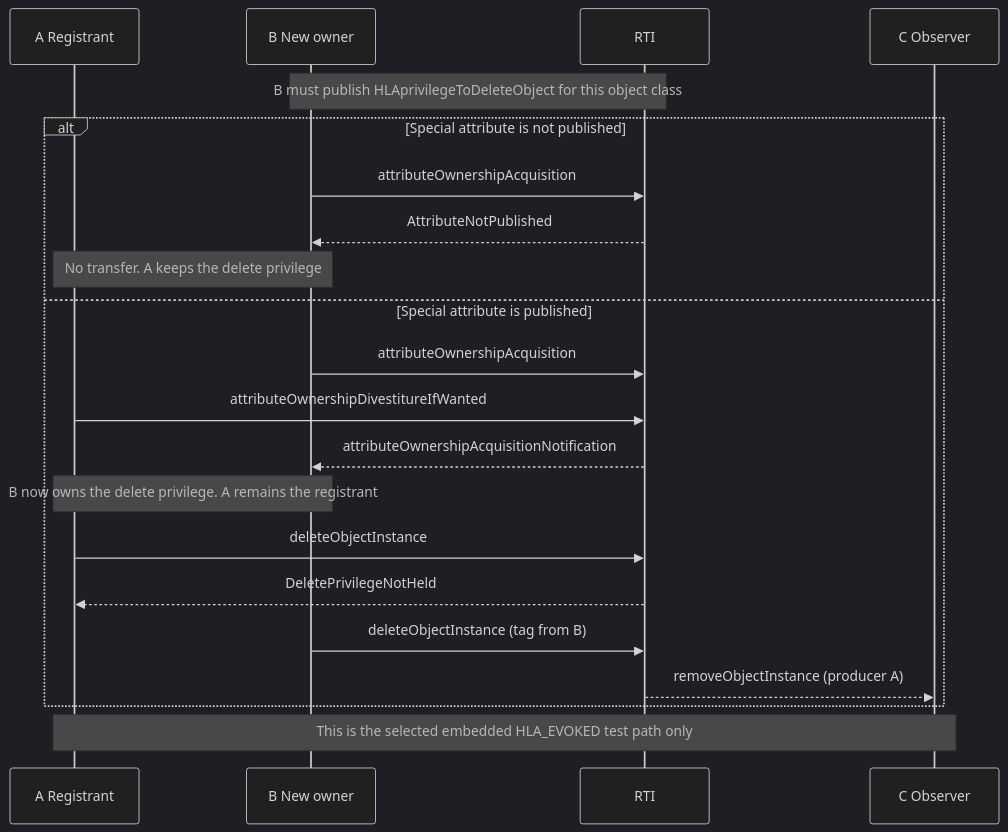
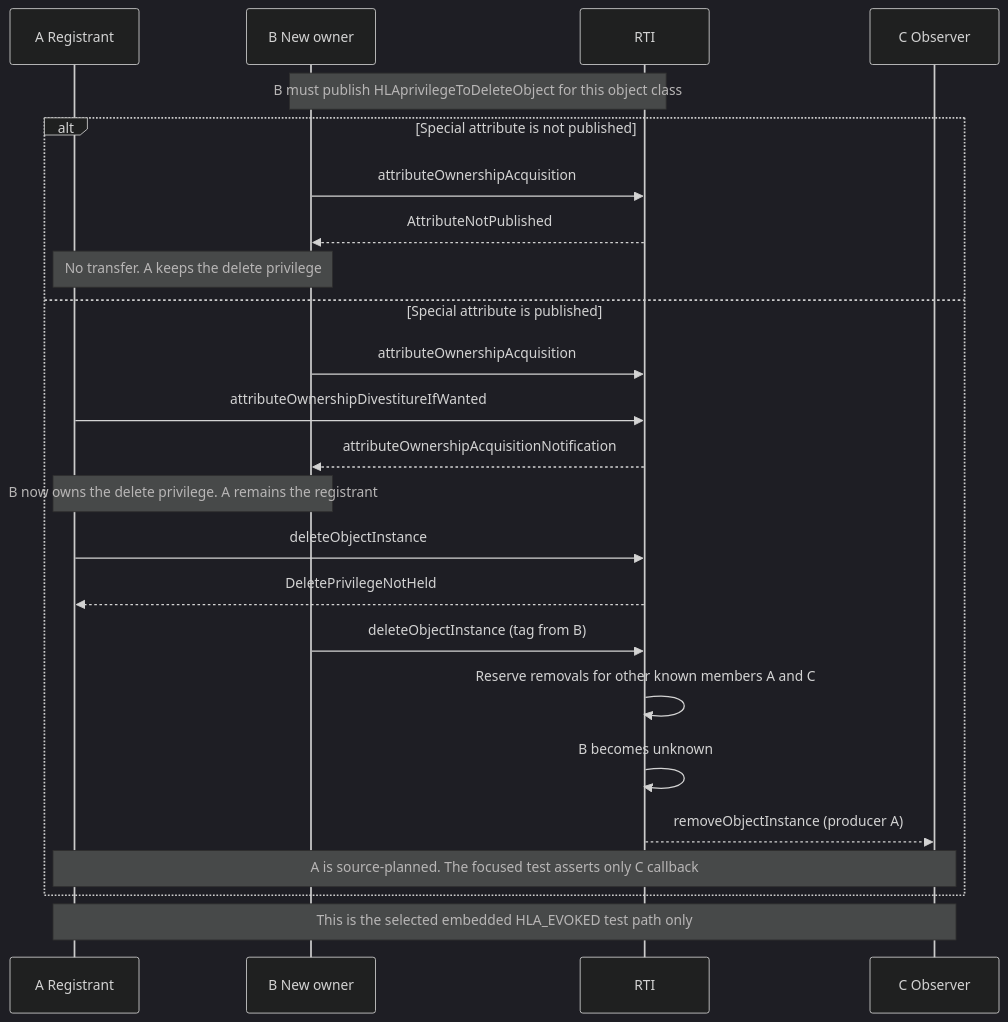
The fourth of 36 diagrams in docs/design/HLA-2025-ATTRIBUTE-OWNERSHIP-FLOW-GUIDE.md (sheepfling/umbra), drawn with Mermaid (dark theme) before and after one commit. The commit also changed other lines of this file and 39 other files, not shown here.

Commit message:
Document IEEE 1516.1-2025 behavior flows

````diff
--- a/docs/design/HLA-2025-ATTRIBUTE-OWNERSHIP-FLOW-GUIDE.md
+++ b/docs/design/HLA-2025-ATTRIBUTE-OWNERSHIP-FLOW-GUIDE.md
@@ -349,23 +355,26 @@
 ```mermaid
 sequenceDiagram
     participant A as A Registrant
     participant B as B New owner
     participant R as RTI
     participant C as C Observer
     Note over B,R: B must publish HLAprivilegeToDeleteObject for this object class
     alt Special attribute is not published
         B->>R: attributeOwnershipAcquisition
         R-->>B: AttributeNotPublished
         Note over A,B: No transfer. A keeps the delete privilege
     else Special attribute is published
         B->>R: attributeOwnershipAcquisition
         A->>R: attributeOwnershipDivestitureIfWanted
         R-->>B: attributeOwnershipAcquisitionNotification
         Note over A,B: B now owns the delete privilege. A remains the registrant
         A->>R: deleteObjectInstance
         R-->>A: DeletePrivilegeNotHeld
         B->>R: deleteObjectInstance (tag from B)
+        R->>R: Reserve removals for other known members A and C
+        R->>R: B becomes unknown
         R-->>C: removeObjectInstance (producer A)
+        Note over A,C: A is source-planned. The focused test asserts only C callback
     end
     Note over A,C: This is the selected embedded HLA_EVOKED test path only
 ```
````
